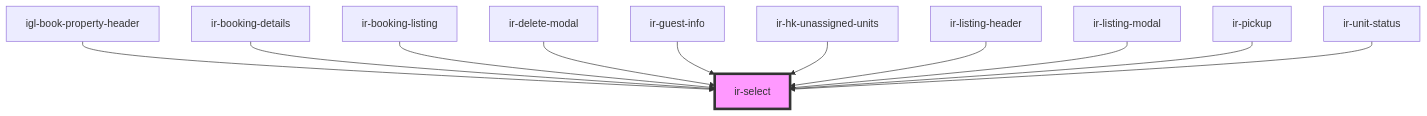
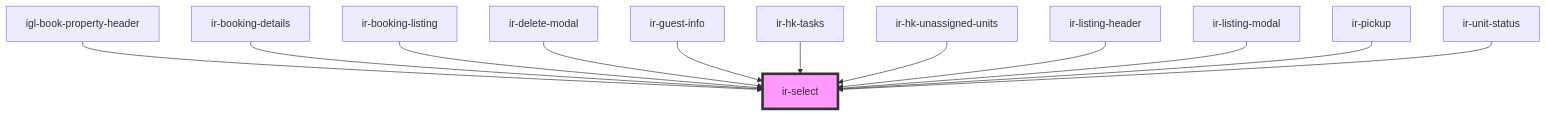
Before and after one commit to David1Chowaifaty/modified-ir-webcmp: the diagram in src/components/ir-select/readme.md, drawn with Mermaid. The commit also changed other lines of this file and 16 other files, not shown here.

````diff
--- a/src/components/ir-select/readme.md
+++ b/src/components/ir-select/readme.md
@@ -57,14 +58,15 @@
 ```mermaid
 graph TD;
   igl-book-property-header --> ir-select
   ir-booking-details --> ir-select
   ir-booking-listing --> ir-select
   ir-delete-modal --> ir-select
   ir-guest-info --> ir-select
+  ir-hk-tasks --> ir-select
   ir-hk-unassigned-units --> ir-select
   ir-listing-header --> ir-select
   ir-listing-modal --> ir-select
   ir-pickup --> ir-select
   ir-unit-status --> ir-select
   style ir-select fill:#f9f,stroke:#333,stroke-width:4px
 ```
````
